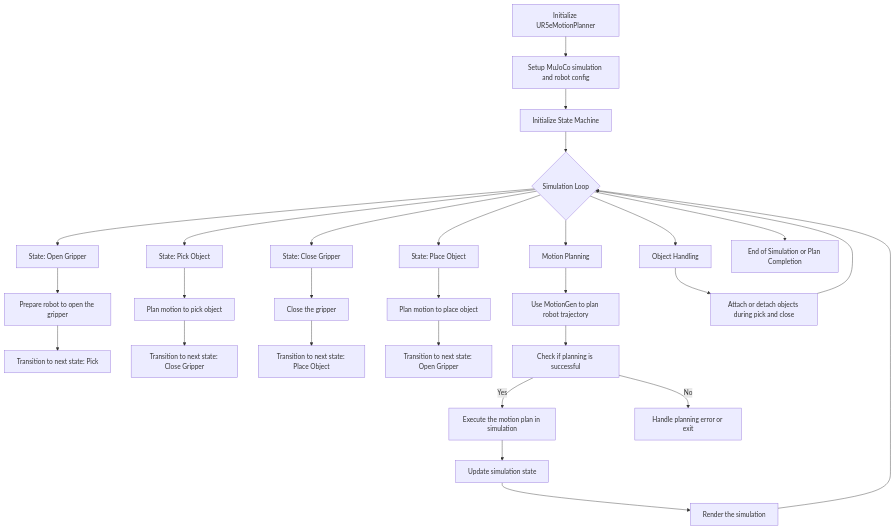
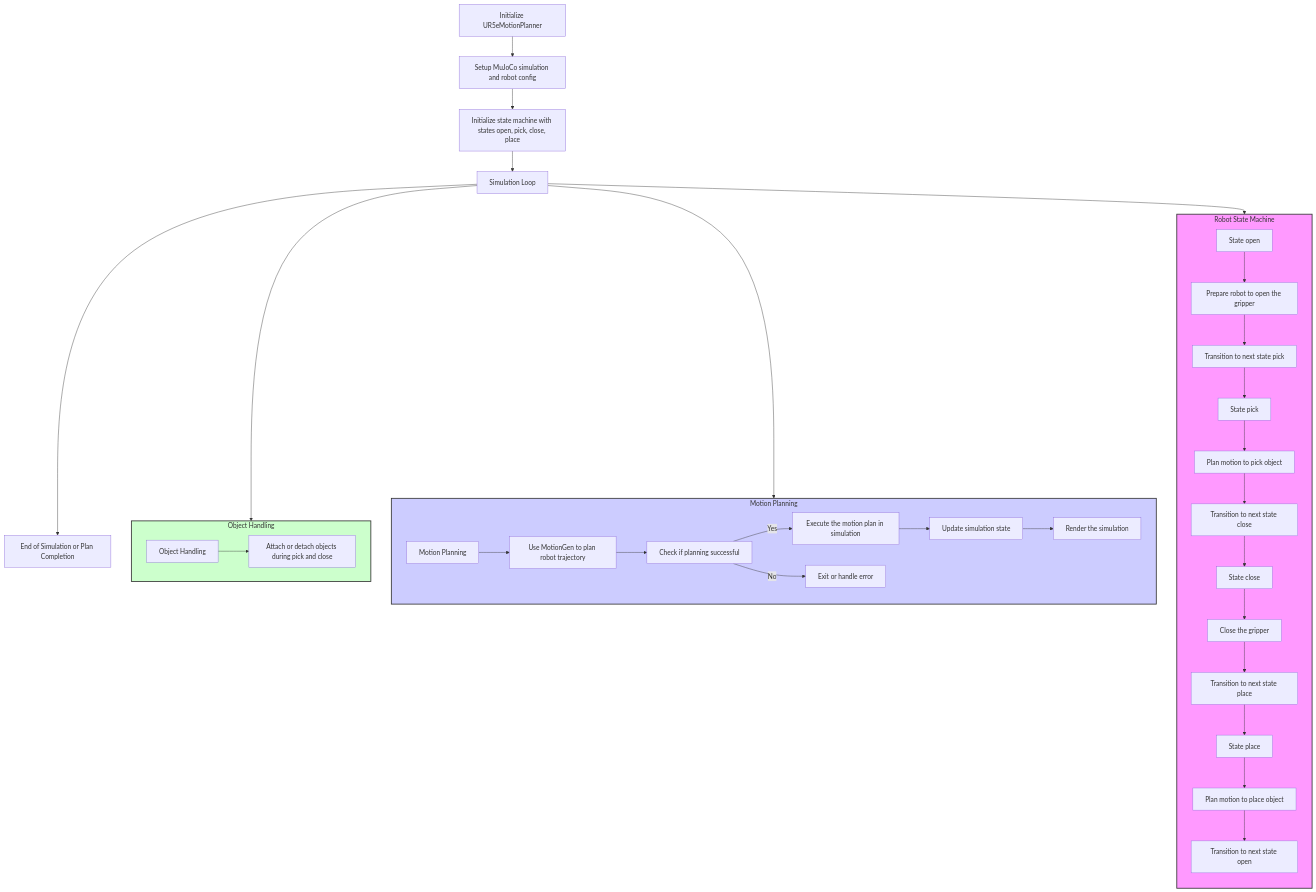
One commit to luaiabuelsamen/VentionMotionPlanner changed the second of 2 diagrams in src/mujoco_curobo/ReadMe.md. Above: the diagram before and after it, drawn with Mermaid.

````diff
--- a/src/mujoco_curobo/ReadMe.md
+++ b/src/mujoco_curobo/ReadMe.md
@@ -16,39 +16,57 @@
 ```mermaid
 flowchart TD
+    %% State Machine: Initialization and Setup
     A[Initialize UR5eMotionPlanner] --> B[Setup MuJoCo simulation and robot config]
-    B --> C[Initialize State Machine]
-    C --> D{Simulation Loop}
-    
-    D --> E[State: Open Gripper]
-    E --> F[Prepare robot to open the gripper]
-    F --> G[Transition to next state: Pick]
-    
-    D --> H[State: Pick Object]
-    H --> I[Plan motion to pick object]
-    I --> J[Transition to next state: Close Gripper]
-    
-    D --> K[State: Close Gripper]
-    K --> L[Close the gripper]
-    L --> M[Transition to next state: Place Object]
-    
-    D --> N[State: Place Object]
-    N --> O[Plan motion to place object]
-    O --> P[Transition to next state: Open Gripper]
-    
-    D --> Q[Motion Planning]
-    Q --> R[Use MotionGen to plan robot trajectory]
-    R --> S[Check if planning is successful]
-    S -->|Yes| T[Execute the motion plan in simulation]
-    S -->|No| U[Handle planning error or exit]
-    
-    T --> V[Update simulation state]
-    V --> W[Render the simulation]
-    
-    D --> X[Object Handling]
-    X --> Y[Attach or detach objects during pick and close]
-    
+    B --> C[Initialize state machine with states open, pick, close, place]
+
+    %% State Machine: Robot States
+    subgraph states [Robot State Machine]
+        direction TB
+        E[State open] --> F[Prepare robot to open the gripper]
+        F --> G[Transition to next state pick]
+        G --> H[State pick]
+        H --> I[Plan motion to pick object]
+        I --> J[Transition to next state close]
+        J --> K[State close]
+        K --> L[Close the gripper]
+        L --> M[Transition to next state place]
+        M --> N[State place]
+        N --> O[Plan motion to place object]
+        O --> P[Transition to next state open]
+    end
+
+    %% State Machine: Motion Planning
+    subgraph motion_planning [Motion Planning]
+        direction LR
+        Q[Motion Planning] --> R[Use MotionGen to plan robot trajectory]
+        R --> S[Check if planning successful]
+        S -->|Yes| T[Execute the motion plan in simulation]
+        S -->|No| U[Exit or handle error]
+        T --> V[Update simulation state]
+        V --> W[Render the simulation]
+    end
+
+    %% State Machine: Object Handling
+    subgraph object_handling [Object Handling]
+        direction LR
+        X[Object Handling] --> Y[Attach or detach objects during pick and close]
+    end
+
+    %% State Machine: Main Loop & Transitions
+    C --> D[Simulation Loop]
+    D --> E
+    D --> Q
+    D --> X
     D --> Z[End of Simulation or Plan Completion]
-    
-    W --> D
-    Y --> D
+
+    %% Colors for clarity
+    classDef state_machine fill:#f9f,stroke:#333,stroke-width:2px;
+    classDef planning fill:#ccf,stroke:#333,stroke-width:2px;
+    classDef object_handling fill:#cfc,stroke:#333,stroke-width:2px;
+
+    class states state_machine;
+    class motion_planning planning;
+    class object_handling object_handling;
+
+
 ```
````
